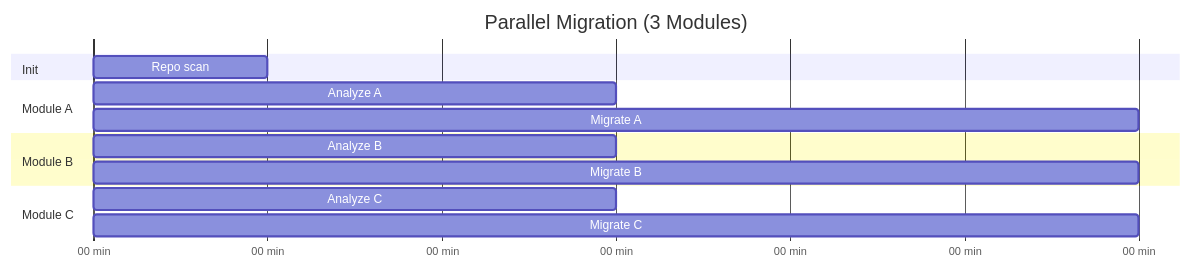
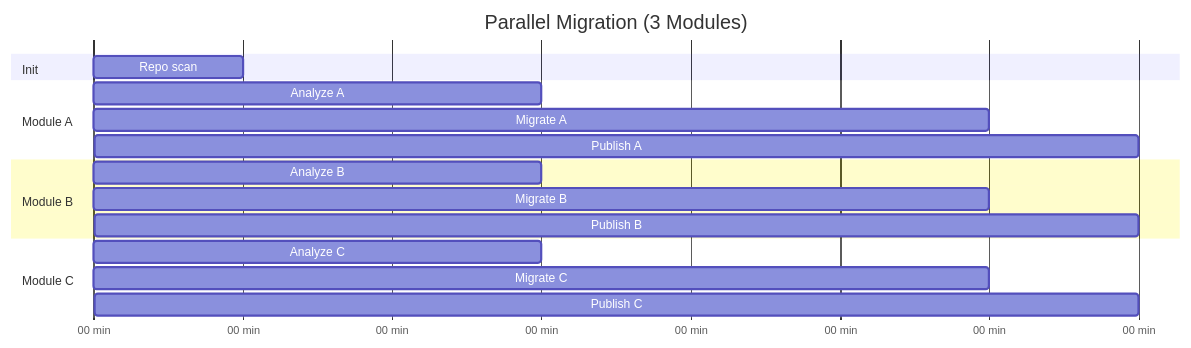
The seventh of 7 diagrams in docs/concepts/workflow.md (x2ansible/x2a-convertor), drawn with Mermaid before and after one commit. The commit also changed other lines of this file and 3 other files, not shown here.

````diff
--- a/docs/concepts/workflow.md
+++ b/docs/concepts/workflow.md
@@ -362,21 +385,24 @@
 ```mermaid
 gantt
     title Parallel Migration (3 Modules)
     dateFormat X
     axisFormat %M min
 
     section Init
     Repo scan      :0, 5
 
     section Module A
     Analyze A      :5, 15
     Migrate A      :15, 30
+    Publish A      :30, 35
 
     section Module B
     Analyze B      :5, 15
     Migrate B      :15, 30
+    Publish B      :30, 35
 
     section Module C
     Analyze C      :5, 15
     Migrate C      :15, 30
+    Publish C      :30, 35
 ```
````
